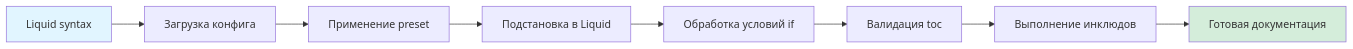
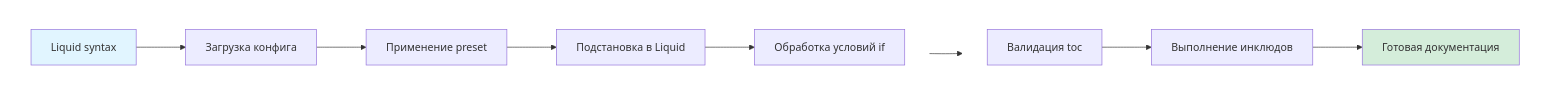
Before and after one commit to diplodoc-platform/docs: the diagram in ru/dev/requirements.md, drawn with Mermaid.

Commit message:
Edit mermaid again

````diff
--- a/ru/dev/requirements.md
+++ b/ru/dev/requirements.md
@@ -13,14 +13,28 @@
 ```mermaid
 flowchart LR
-    A[Liquid syntax] --> B[Загрузка конфига]
-    B --> C[Применение preset]
-    C --> D[Подстановка в Liquid]
-    D --> E[Обработка условий if]
-    
-    E --> F[Валидация toc]
-    F --> G[Выполнение инклюдов]
-    G --> H[Готовая документация]
-    
+    subgraph Row1 [ ]
+        direction LR
+        A[Liquid syntax] --> B[Загрузка конфига]
+        B --> C[Применение preset]
+        C --> D[Подстановка в Liquid]
+        D --> E[Обработка условий if]
+    end
+
+    %% Невидимая связь для переноса (A под E)
+    A ~~~ F
+
+    subgraph Row2 [ ]
+        direction LR
+        F[Валидация toc] --> G[Выполнение инклюдов]
+        G --> H[Готовая документация]
+    end
+
+    %% Видимая связь между рядами
+    E --> F
+
     style A fill:#e1f5ff
     style H fill:#d4edda
+    style Row1 stroke-width:0px,fill:none
+    style Row2 stroke-width:0px,fill:none
+
 ```
````
